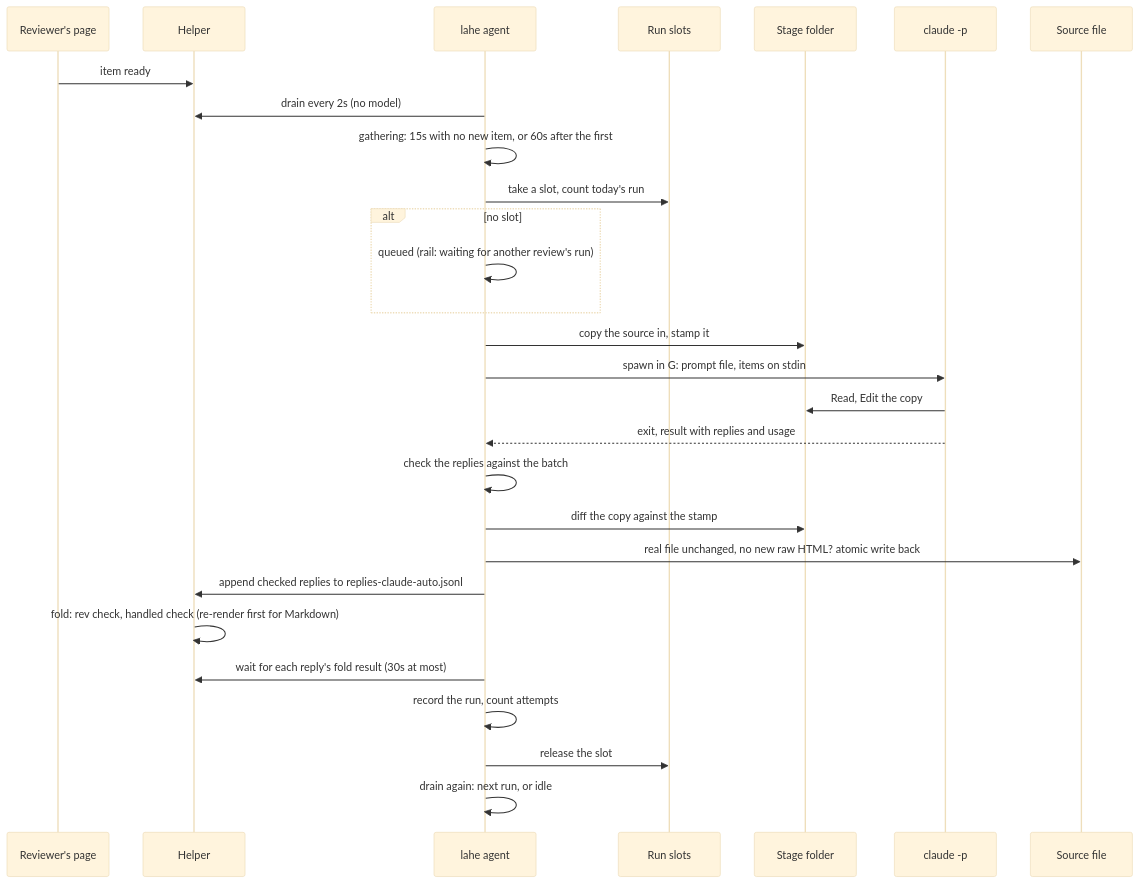
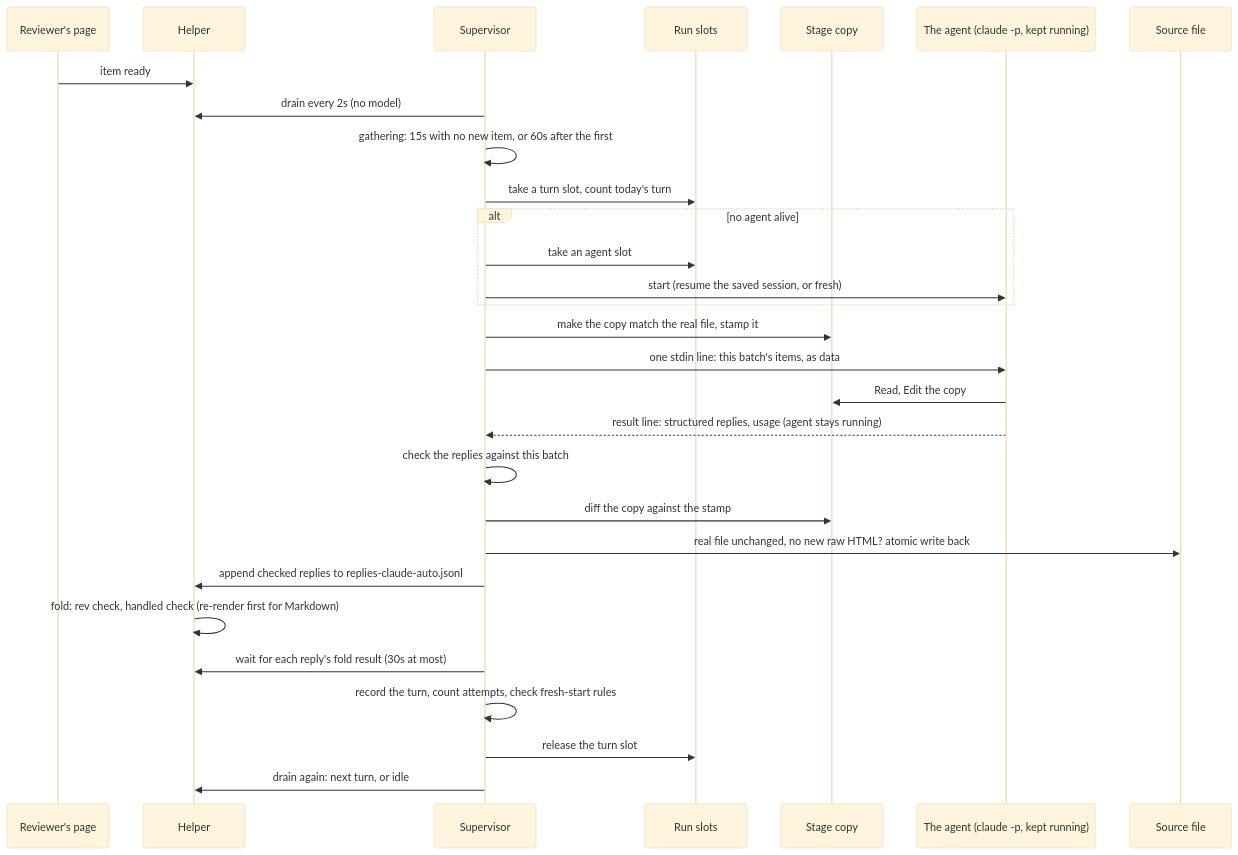
Before and after one commit to kenxle/live-agentic-html-editor: the third of 7 diagrams in docs/features/20260929.01_lahe_agent_sdk/02_architecture_lahe_agent_sdk.md, drawn with Mermaid (base theme). The commit also changed other lines of this file and 2 other files, not shown here.

````diff
--- a/docs/features/20260929.01_lahe_agent_sdk/02_architecture_lahe_agent_sdk.md
+++ b/docs/features/20260929.01_lahe_agent_sdk/02_architecture_lahe_agent_sdk.md
@@ -278,31 +327,32 @@
 ```mermaid
 sequenceDiagram
   participant P as Reviewer's page
   participant H as Helper
-  participant A as lahe agent
+  participant A as Supervisor
   participant L as Run slots
-  participant G as Stage folder
-  participant C as claude -p
+  participant G as Stage copy
+  participant C as The agent (claude -p, kept running)
   participant F as Source file
 
   P->>H: item ready
   A->>H: drain every 2s (no model)
   A->>A: gathering: 15s with no new item, or 60s after the first
-  A->>L: take a slot, count today's run
-  alt no slot
-    A->>A: queued (rail: waiting for another review's run)
+  A->>L: take a turn slot, count today's turn
+  alt no agent alive
+    A->>L: take an agent slot
+    A->>C: start (resume the saved session, or fresh)
   end
-  A->>G: copy the source in, stamp it
-  A->>C: spawn in G: prompt file, items on stdin
+  A->>G: make the copy match the real file, stamp it
+  A->>C: one stdin line: this batch's items, as data
   C->>G: Read, Edit the copy
-  C-->>A: exit, result with replies and usage
-  A->>A: check the replies against the batch
+  C-->>A: result line: structured replies, usage (agent stays running)
+  A->>A: check the replies against this batch
   A->>G: diff the copy against the stamp
   A->>F: real file unchanged, no new raw HTML? atomic write back
   A->>H: append checked replies to replies-claude-auto.jsonl
   H->>H: fold: rev check, handled check (re-render first for Markdown)
   A->>H: wait for each reply's fold result (30s at most)
-  A->>A: record the run, count attempts
-  A->>L: release the slot
-  A->>A: drain again: next run, or idle
+  A->>A: record the turn, count attempts, check fresh-start rules
+  A->>L: release the turn slot
+  A->>H: drain again: next turn, or idle
 ```
````
